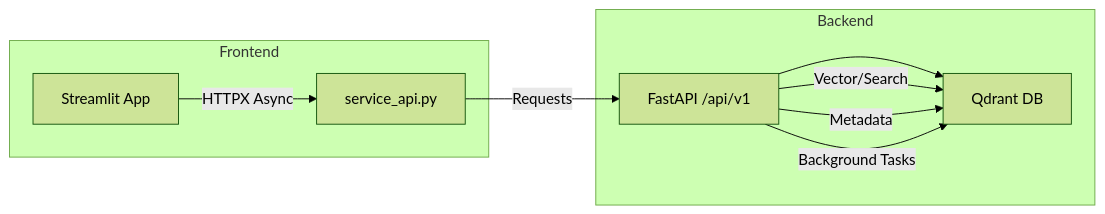
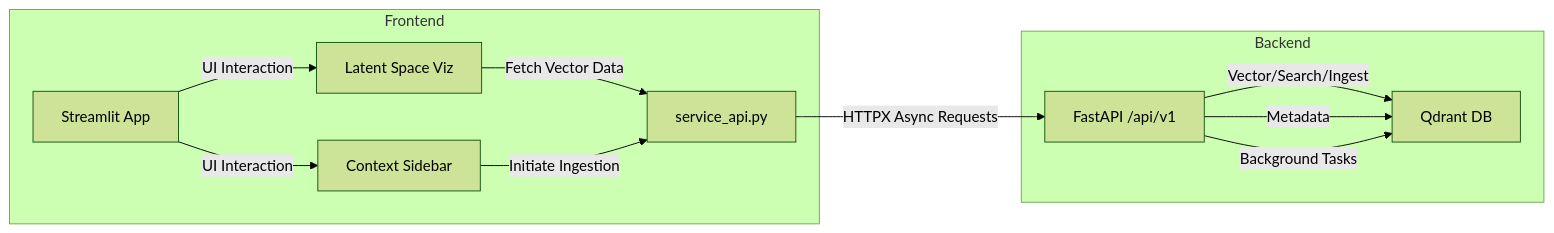
Before and after one commit to rm2thaddeus/Pixel_Detective: the diagram in docs/sprints/sprint-08/technical-implementation-plan.md, drawn with Mermaid (forest theme). The commit also changed other lines of this file and 9 other files, not shown here.

````diff
--- a/docs/sprints/sprint-08/technical-implementation-plan.md
+++ b/docs/sprints/sprint-08/technical-implementation-plan.md
@@ -5,15 +5,21 @@
 ```mermaid
 flowchart LR
   subgraph Backend
     Q[Qdrant DB]
     API[FastAPI /api/v1]
   end
   subgraph Frontend
     S[Streamlit App]
     SA[service_api.py]
+    LSV[Latent Space Viz]
+    SIDEBAR[Context Sidebar]
   end
-  S -->|HTTPX Async| SA -->|Requests| API --> Q
-  API -->|Vector/Search| Q
+  S -->|UI Interaction| LSV
+  S -->|UI Interaction| SIDEBAR
+  LSV -->|Fetch Vector Data| SA
+  SIDEBAR -->|Initiate Ingestion| SA
+  SA -->|HTTPX Async Requests| API
+  API -->|Vector/Search/Ingest| Q
   API -->|Metadata| Q
   API -->|Background Tasks| Q
-```  
+```
````
